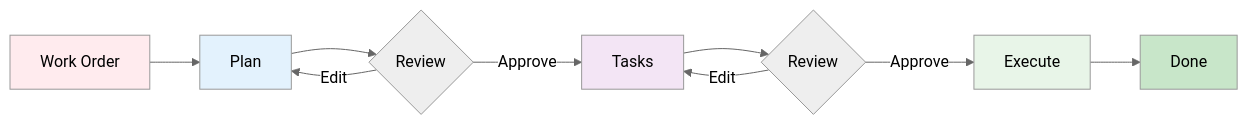
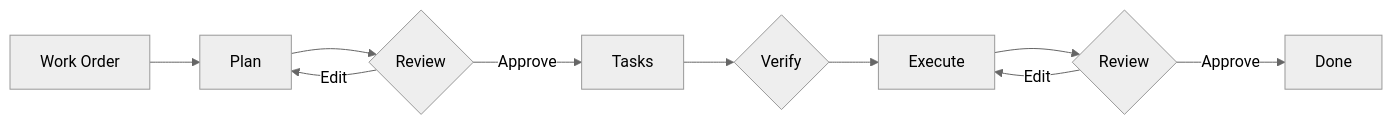
One commit to e0ipso/strikethroo changed the diagram in docs/index.md. Above: the diagram before and after it, drawn with Mermaid (neutral theme). The commit also changed other lines of this file and 18 other files, not shown here.

````diff
--- a/docs/index.md
+++ b/docs/index.md
@@ -29,17 +29,12 @@
 ```mermaid
 flowchart LR
     A[Work Order] --> B[Plan]
     B --> C{Review}
     C -->|Edit| B
     C -->|Approve| D[Tasks]
-    D --> E{Review}
-    E -->|Edit| D
-    E -->|Approve| F[Execute]
-    F --> G[Done]
-
-    style A fill:#ffebee
-    style B fill:#e3f2fd
-    style D fill:#f3e5f5
-    style F fill:#e8f5e8
-    style G fill:#c8e6c9
+    D --> E{Verify}
+    E --> G[Execute]
+    G --> H{Review}
+    H -->|Edit| G
+    H -->|Approve| J[Done]
 ```
````
